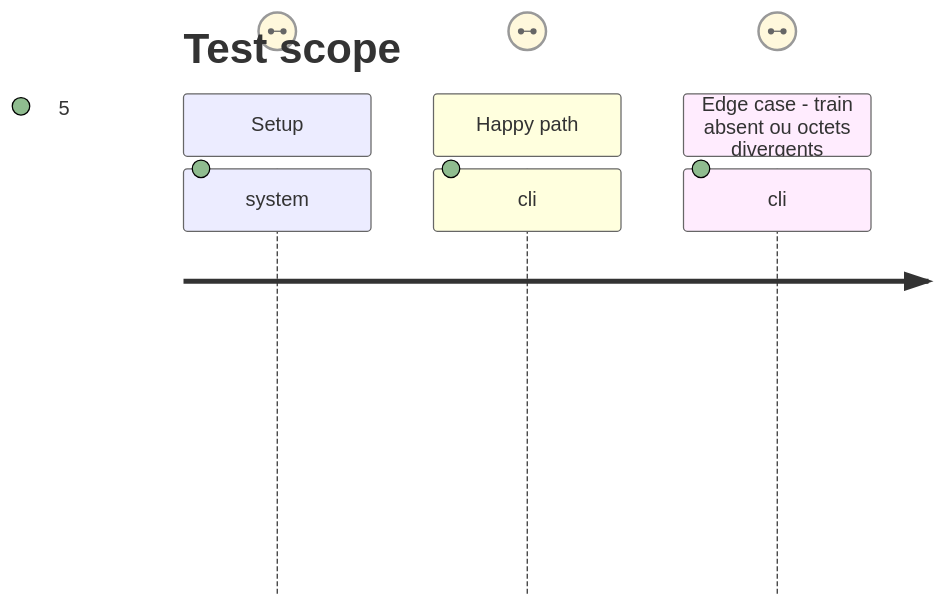
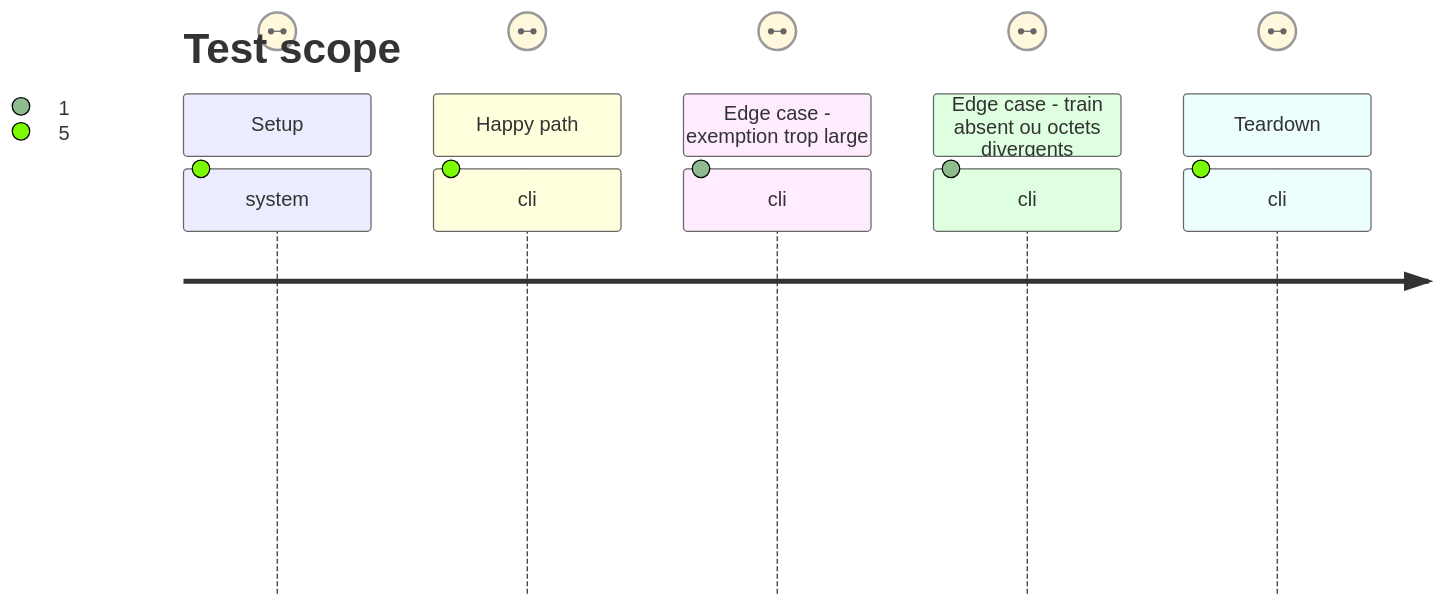
The second of 2 diagrams in aidd_docs/tasks/2026_09/2026_09_24_promote-schema-adrenaline-2-5-0/phase-3.md (RebelliousSmile/schema-adrenaline), drawn with Mermaid before and after one commit. The commit also changed other lines of this file and 3 other files, not shown here.

Commit message:
fix(release): allow bounded pending promotion

````diff
--- a/aidd_docs/tasks/2026_09/2026_09_24_promote-schema-adrenaline-2-5-0/phase-3.md
+++ b/aidd_docs/tasks/2026_09/2026_09_24_promote-schema-adrenaline-2-5-0/phase-3.md
@@ -31,12 +35,16 @@
 ```mermaid
 ---
 title: Test scope
 ---
 journey
   section Setup
-    system: disposer d'un manifeste inchangé et d'un run Release train réussi => promotion autorisée: 5: cli
+    system: disposer du tag v2.5.0, du manifeste inchangé, du train vert et d'aucune release stable => récupération reproductible: 5: cli
   section Happy path
-    cli: pousser le tag v2.5.0 et laisser Release contract terminer => release immuable avec deux assets et digest candidat: 5: cli
+    cli: lancer Release contract avec le tag courant déclaré en attente => release immuable avec deux assets et digest candidat: 5: cli
+  section Edge case - exemption trop large
+    cli: omettre une release historique ou déclarer un autre tag en attente => validation refusée avant création ou publication: 1: cli
   section Edge case - train absent ou octets divergents
-    cli: lancer la promotion sans run correspondant ou avec un archive divergent => échec avant publication de la release stable: 5: cli
+    cli: lancer la promotion sans run correspondant ou avec une archive divergente => échec avant publication de la release stable: 1: cli
+  section Teardown
+    cli: relancer la validation ordinaire après publication => tous les tags stables ont une release complète: 5: cli
 ```
````
